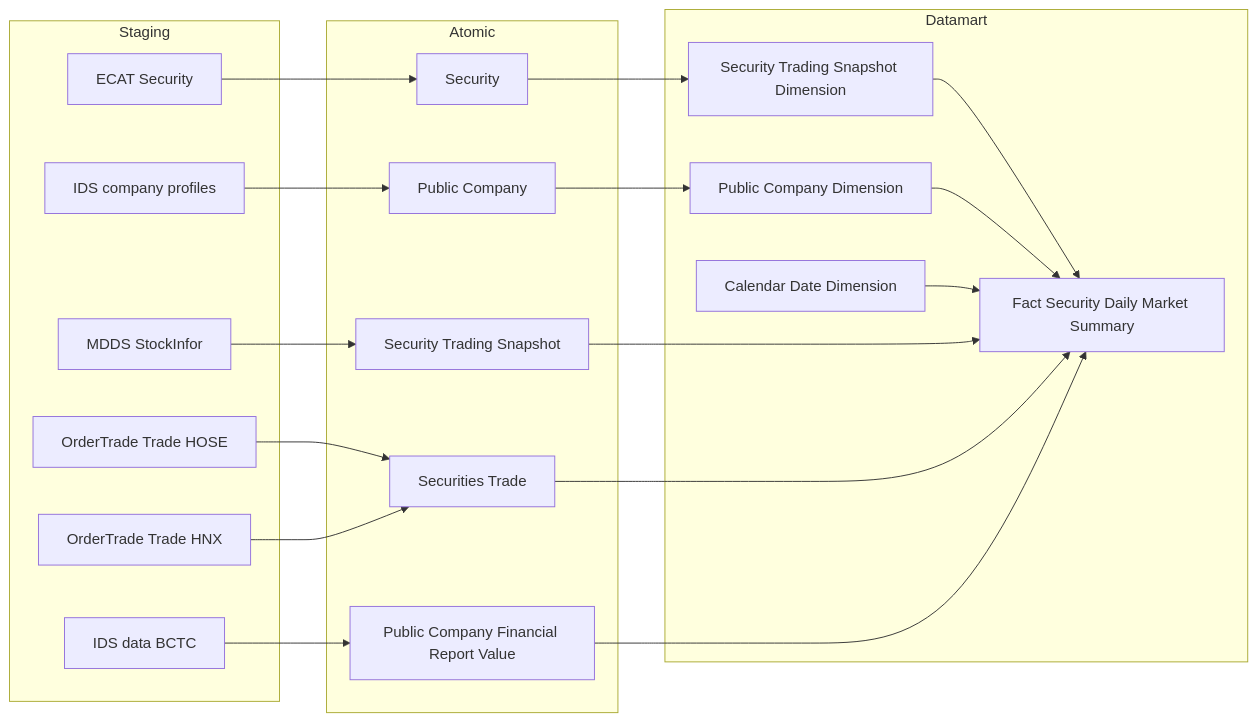
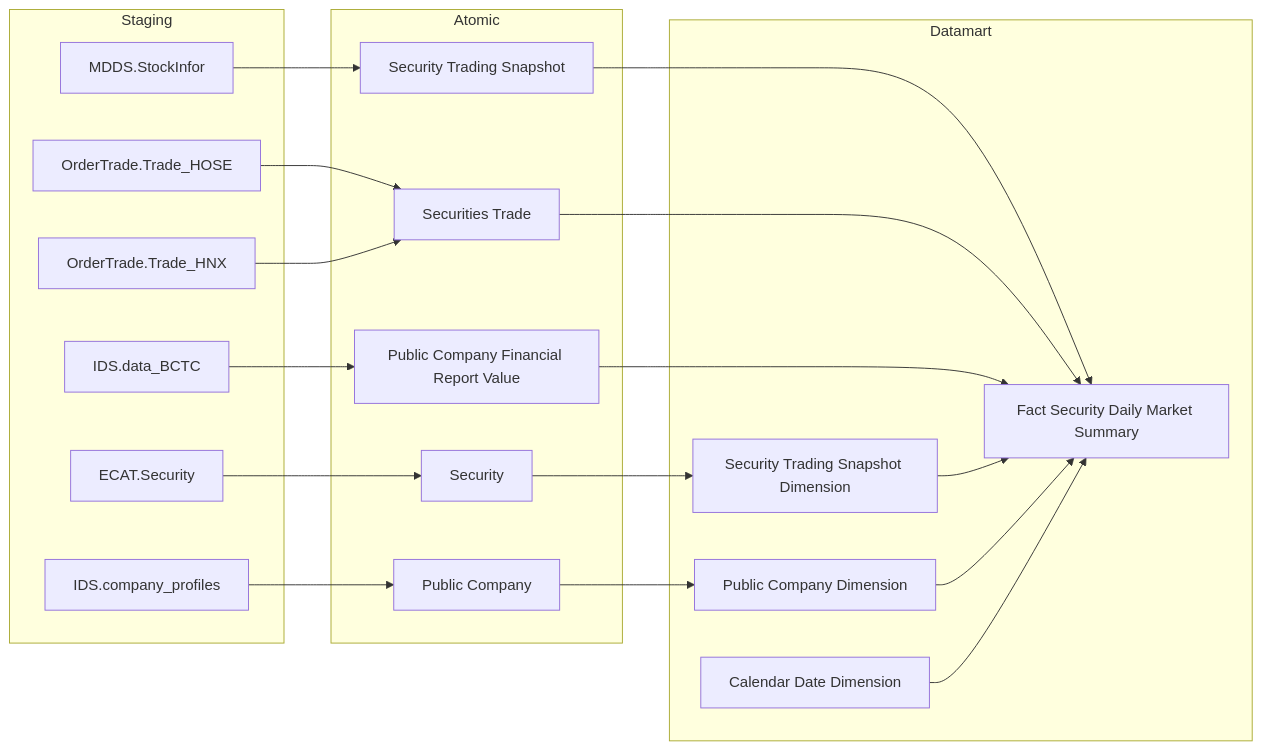
One commit to linhlvit/ubck_atomic_design changed the first of 3 diagrams in docs/output/datamart/GSTT/DTM_GSTT_PTTK.md. Above: the diagram before and after it, drawn with Mermaid. The commit also changed other lines of this file and 34 other files, not shown here.

````diff
--- a/docs/output/datamart/GSTT/DTM_GSTT_PTTK.md
+++ b/docs/output/datamart/GSTT/DTM_GSTT_PTTK.md
@@ -19,38 +17,38 @@
 ```mermaid
 flowchart LR
     subgraph Staging
-        MDDS_StockInfor["MDDS StockInfor"]
-        OrderTrade_Trade_HOSE["OrderTrade Trade HOSE"]
-        OrderTrade_Trade_HNX["OrderTrade Trade HNX"]
-        IDS_data_BCTC["IDS data BCTC"]
-        ECAT_Security["ECAT Security"]
-        IDS_company_profiles["IDS company profiles"]
+        MDDS_StockInfor["MDDS.StockInfor"]
+        OrderTrade_Trade_HOSE["OrderTrade.Trade_HOSE"]
+        OrderTrade_Trade_HNX["OrderTrade.Trade_HNX"]
+        IDS_data_BCTC["IDS.data_BCTC"]
+        ECAT_Security["ECAT.Security"]
+        IDS_company_profiles["IDS.company_profiles"]
     end
     subgraph Atomic
-        A1A["Security Trading Snapshot"]
-        A1B["Securities Trade"]
-        A1C["Public Company Financial Report Value"]
-        A1D["Security"]
-        A1E["Public Company"]
+        Security_Trading_Snapshot["Security Trading Snapshot"]
+        Securities_Trade["Securities Trade"]
+        Public_Company_Financial_Report_Value["Public Company Financial Report Value"]
+        Security["Security"]
+        Public_Company["Public Company"]
     end
     subgraph Datamart
-        D1["Security Trading Snapshot Dimension"]
-        D2["Public Company Dimension"]
-        D5["Calendar Date Dimension"]
-        F1["Fact Security Daily Market Summary"]
-        D1 --> F1
-        D2 --> F1
-        D5 --> F1
+        fct_sec_dly_mkt_smy["Fact Security Daily Market Summary"]
+        sec_tdg_snpst_dim["Security Trading Snapshot Dimension"]
+        pblc_co_dim["Public Company Dimension"]
+        cdr_dt_dim["Calendar Date Dimension"]
     end
-    MDDS_StockInfor --> A1A
-    OrderTrade_Trade_HOSE --> A1B
-    OrderTrade_Trade_HNX --> A1B
-    IDS_data_BCTC --> A1C
-    ECAT_Security --> A1D
-    IDS_company_profiles --> A1E
-    A1A --> F1
-    A1B --> F1
-    A1C --> F1
-    A1D --> D1
-    A1E --> D2
+    MDDS_StockInfor --> Security_Trading_Snapshot
+    OrderTrade_Trade_HOSE --> Securities_Trade
+    OrderTrade_Trade_HNX --> Securities_Trade
+    IDS_data_BCTC --> Public_Company_Financial_Report_Value
+    ECAT_Security --> Security
+    IDS_company_profiles --> Public_Company
+    Security_Trading_Snapshot --> fct_sec_dly_mkt_smy
+    Securities_Trade --> fct_sec_dly_mkt_smy
+    Public_Company_Financial_Report_Value --> fct_sec_dly_mkt_smy
+    Security --> sec_tdg_snpst_dim
+    Public_Company --> pblc_co_dim
+    sec_tdg_snpst_dim --> fct_sec_dly_mkt_smy
+    pblc_co_dim --> fct_sec_dly_mkt_smy
+    cdr_dt_dim --> fct_sec_dly_mkt_smy
 ```
````
